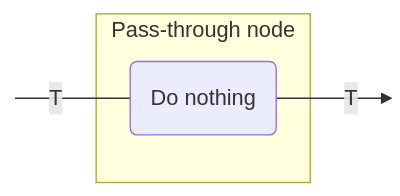
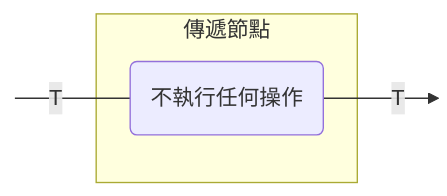
One commit to BinaryTape/Open-Docs changed the second of 15 diagrams in docs/zh-Hant/koog/nodes-and-components.md. Above: the diagram before and after it, drawn with Mermaid. The commit also changed other lines of this file and 457 other files, not shown here.

````diff
--- a/docs/zh-Hant/koog/nodes-and-components.md
+++ b/docs/zh-Hant/koog/nodes-and-components.md
@@ -72,13 +72,13 @@
 ```mermaid
 graph LR
     in:::hidden
     out:::hidden
     
-    subgraph node ["Pass-through node"]
-        execute(Do nothing)
+    subgraph node ["傳遞節點"]
+        execute(不執行任何操作)
     end
     
     in ---|T| execute --T--> out
 
     classDef hidden display: none;
 ```
````
